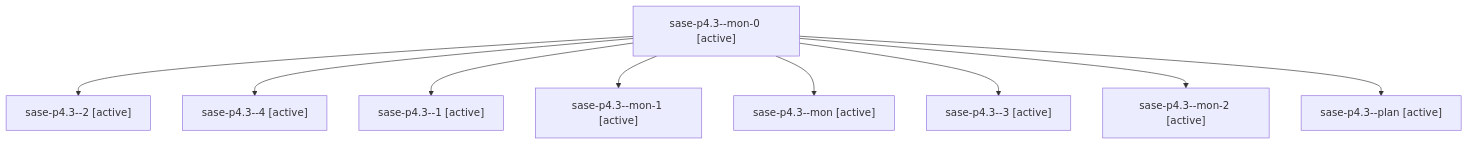
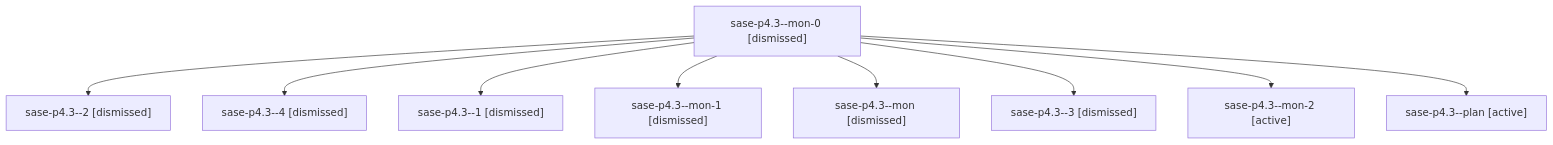
One commit to sase-org/sase--agents changed the diagram in sessions/bbugyi200.athena.sase-p4.3.md. Above: the diagram before and after it, drawn with Mermaid. The commit also changed other lines of this file and 206 other files, not shown here.

````diff
--- a/sessions/bbugyi200.athena.sase-p4.3.md
+++ b/sessions/bbugyi200.athena.sase-p4.3.md
@@ -9,20 +9,20 @@
 ```mermaid
 flowchart TD
-  n0["sase-p4.3--mon-0 [active]"]
-  n1["sase-p4.3--2 [active]"]
+  n0["sase-p4.3--mon-0 [dismissed]"]
+  n1["sase-p4.3--2 [dismissed]"]
   n0 --> n1
-  n2["sase-p4.3--4 [active]"]
+  n2["sase-p4.3--4 [dismissed]"]
   n0 --> n2
-  n3["sase-p4.3--1 [active]"]
+  n3["sase-p4.3--1 [dismissed]"]
   n0 --> n3
-  n4["sase-p4.3--mon-1 [active]"]
+  n4["sase-p4.3--mon-1 [dismissed]"]
   n0 --> n4
-  n5["sase-p4.3--mon [active]"]
+  n5["sase-p4.3--mon [dismissed]"]
   n0 --> n5
-  n6["sase-p4.3--3 [active]"]
+  n6["sase-p4.3--3 [dismissed]"]
   n0 --> n6
   n7["sase-p4.3--mon-2 [active]"]
   n0 --> n7
   n8["sase-p4.3--plan [active]"]
   n0 --> n8
 ```
````
